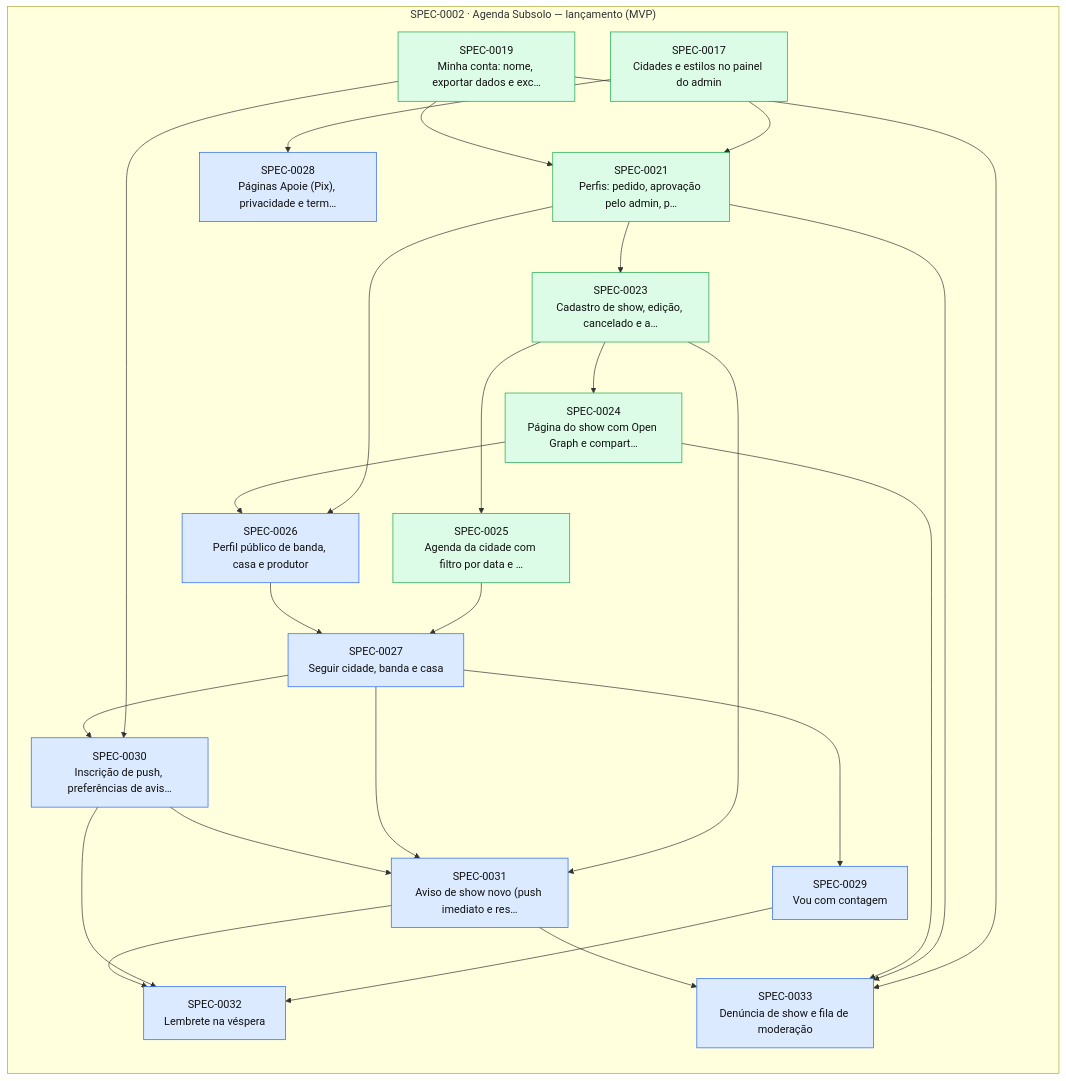
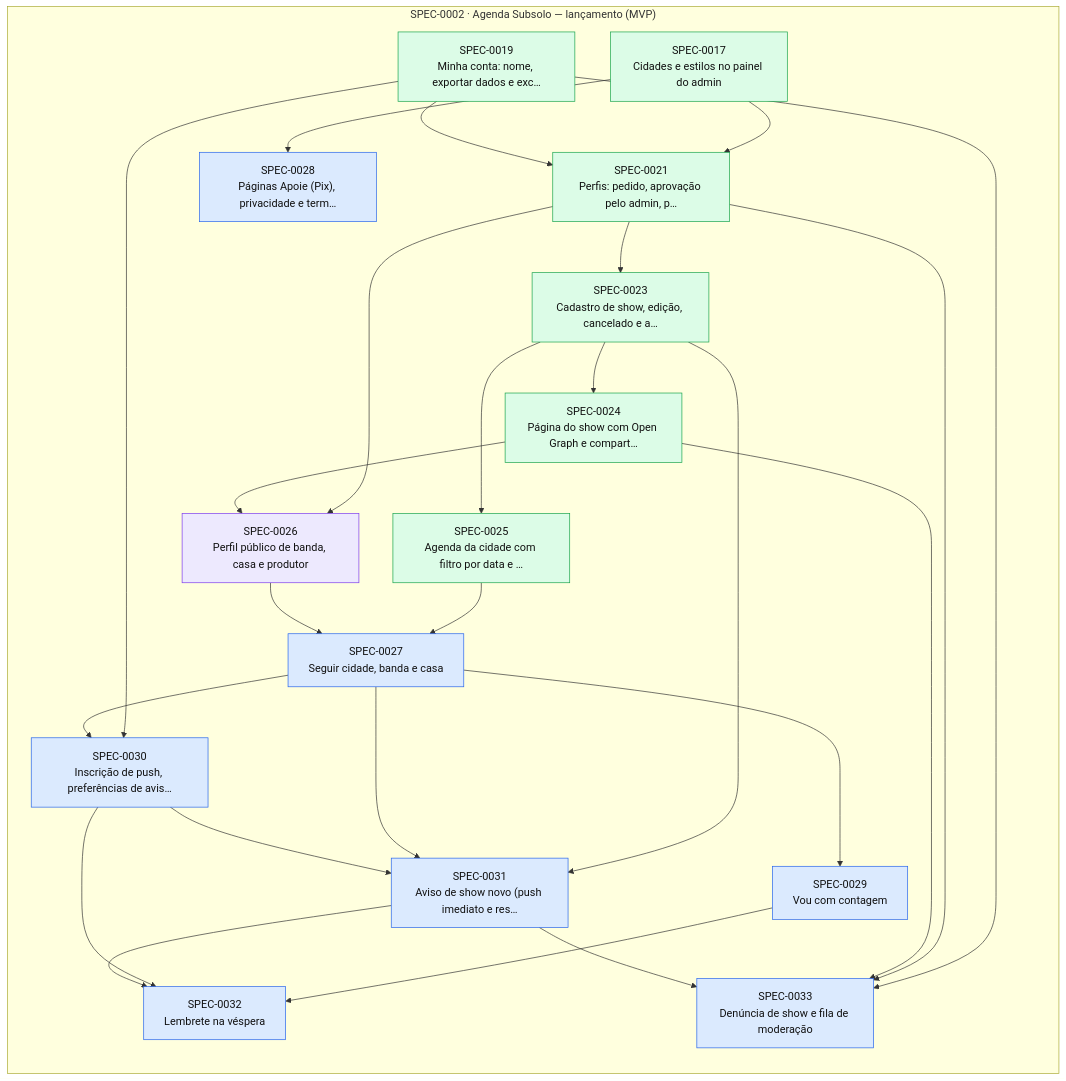
The diagram in docs/specs/INDEX.md (thomasravache/subsolo), drawn with Mermaid before and after one commit. The commit also changed other lines of this file and 1 other file, not shown here.

First line of the commit message:
docs(sdd): start SPEC-0026

````diff
--- a/docs/specs/INDEX.md
+++ b/docs/specs/INDEX.md
@@ -73,47 +73,47 @@
 ```mermaid
 flowchart LR
   subgraph E0002["SPEC-0002 · Agenda Subsolo — lançamento (MVP)"]
     S0017["SPEC-0017<br/>Cidades e estilos no painel do admin"]:::implemented
     S0019["SPEC-0019<br/>Minha conta: nome, exportar dados e exc…"]:::implemented
     S0021["SPEC-0021<br/>Perfis: pedido, aprovação pelo admin, p…"]:::implemented
     S0023["SPEC-0023<br/>Cadastro de show, edição, cancelado e a…"]:::implemented
     S0024["SPEC-0024<br/>Página do show com Open Graph e compart…"]:::implemented
     S0025["SPEC-0025<br/>Agenda da cidade com filtro por data e …"]:::implemented
-    S0026["SPEC-0026<br/>Perfil público de banda, casa e produtor"]:::approved
+    S0026["SPEC-0026<br/>Perfil público de banda, casa e produtor"]:::inprogress
     S0027["SPEC-0027<br/>Seguir cidade, banda e casa"]:::approved
     S0028["SPEC-0028<br/>Páginas Apoie (Pix), privacidade e term…"]:::approved
     S0029["SPEC-0029<br/>Vou com contagem"]:::approved
     S0030["SPEC-0030<br/>Inscrição de push, preferências de avis…"]:::approved
     S0031["SPEC-0031<br/>Aviso de show novo (push imediato e res…"]:::approved
     S0032["SPEC-0032<br/>Lembrete na véspera"]:::approved
     S0033["SPEC-0033<br/>Denúncia de show e fila de moderação"]:::approved
   end
   S0017 --> S0021
   S0019 --> S0021
   S0021 --> S0023
   S0023 --> S0024
   S0023 --> S0025
   S0021 --> S0026
   S0024 --> S0026
   S0025 --> S0027
   S0026 --> S0027
   S0017 --> S0028
   S0027 --> S0029
   S0019 --> S0030
   S0027 --> S0030
   S0023 --> S0031
   S0027 --> S0031
   S0030 --> S0031
   S0029 --> S0032
   S0030 --> S0032
   S0031 --> S0032
   S0019 --> S0033
   S0021 --> S0033
   S0024 --> S0033
   S0031 --> S0033
   classDef proposed fill:#fef3c7,stroke:#d97706,color:#111
   classDef approved fill:#dbeafe,stroke:#2563eb,color:#111
   classDef inprogress fill:#ede9fe,stroke:#7c3aed,color:#111
   classDef implemented fill:#dcfce7,stroke:#16a34a,color:#111
   classDef deprecated fill:#f3f4f6,stroke:#9ca3af,color:#6b7280
 ```
````
